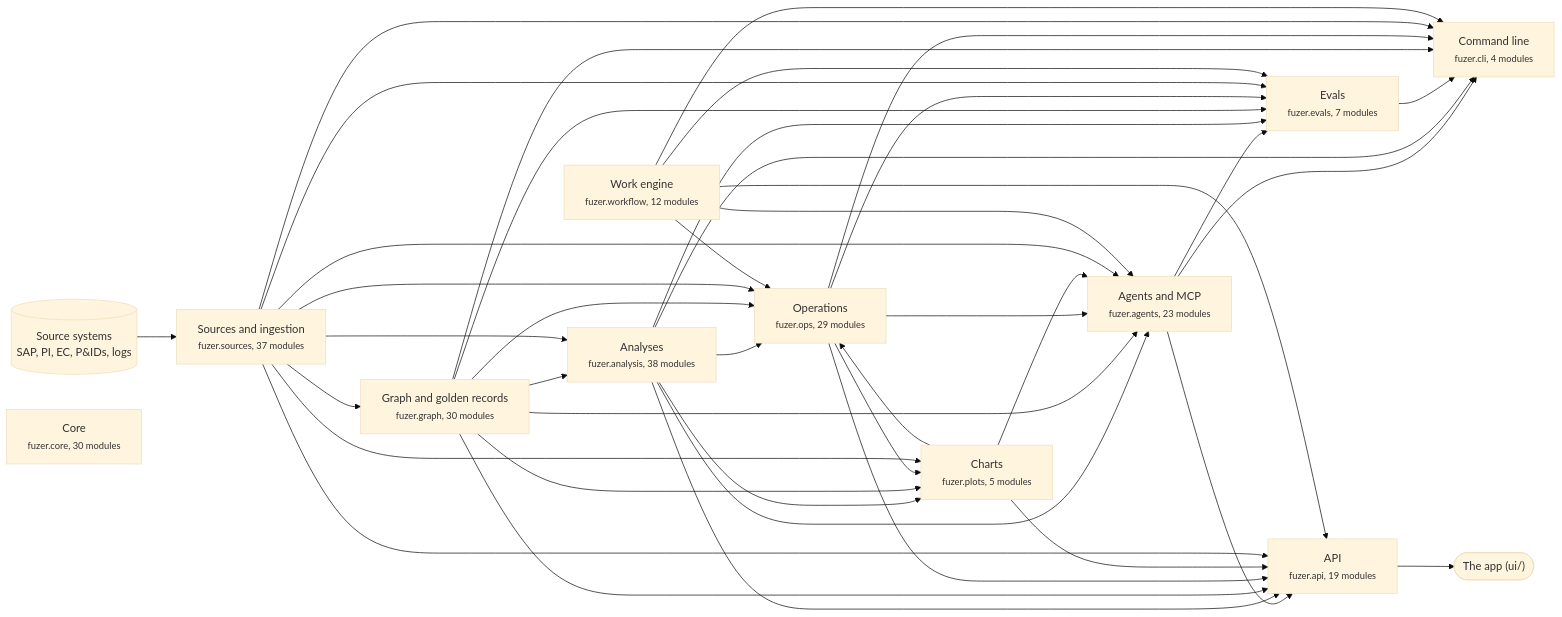
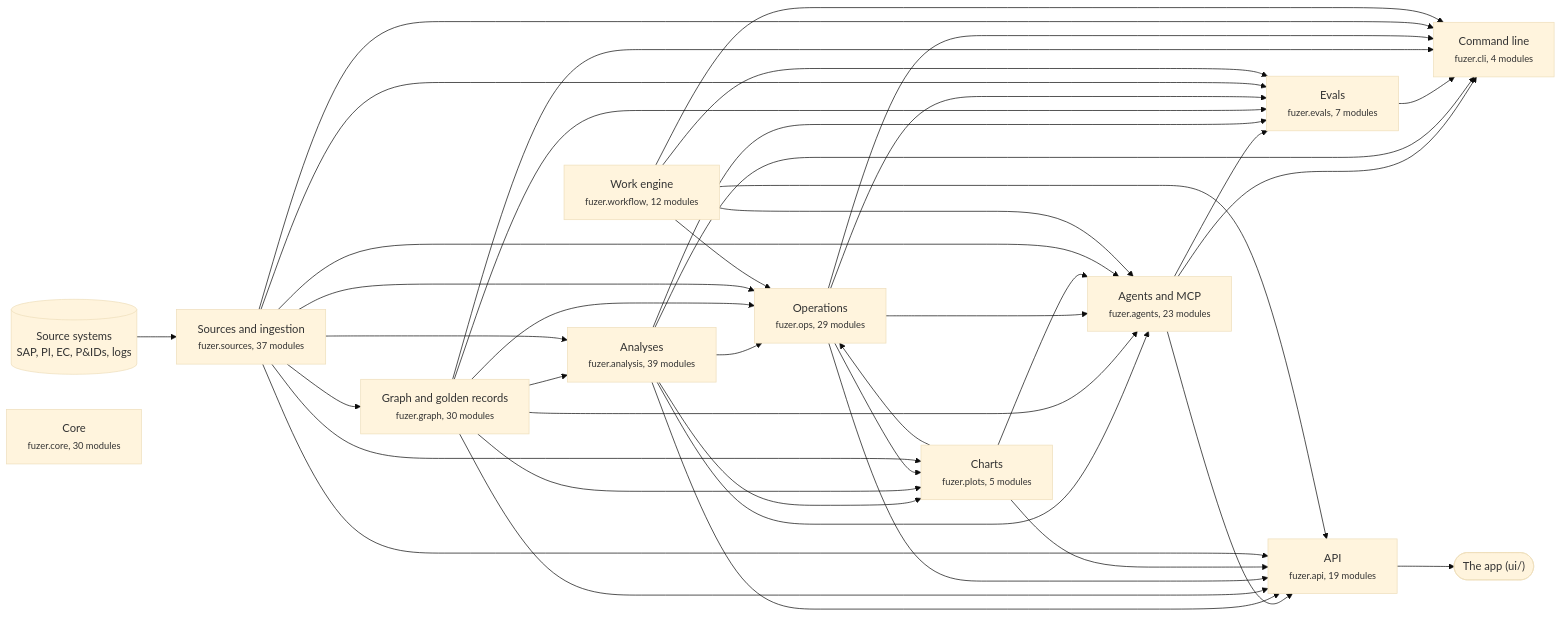
The first of 3 diagrams in docs/architecture.md (areed145/fuzer), drawn with Mermaid (base theme) before and after one commit. The commit also changed other lines of this file and 11 other files, not shown here.

````diff
--- a/docs/architecture.md
+++ b/docs/architecture.md
@@ -8,66 +8,66 @@
 ```mermaid
 flowchart LR
   systems[("Source systems<br>SAP, PI, EC, P&IDs, logs")] --> c_sources
   app(["The app (ui/)"])
   c_api --> app
   c_sources["Sources and ingestion<br><small>fuzer.sources, 37 modules</small>"]
   c_graph["Graph and golden records<br><small>fuzer.graph, 30 modules</small>"]
-  c_analysis["Analyses<br><small>fuzer.analysis, 38 modules</small>"]
+  c_analysis["Analyses<br><small>fuzer.analysis, 39 modules</small>"]
   c_ops["Operations<br><small>fuzer.ops, 29 modules</small>"]
   c_plots["Charts<br><small>fuzer.plots, 5 modules</small>"]
   c_workflow["Work engine<br><small>fuzer.workflow, 12 modules</small>"]
   c_agents["Agents and MCP<br><small>fuzer.agents, 23 modules</small>"]
   c_evals["Evals<br><small>fuzer.evals, 7 modules</small>"]
   c_api["API<br><small>fuzer.api, 19 modules</small>"]
   c_cli["Command line<br><small>fuzer.cli, 4 modules</small>"]
   c_core["Core<br><small>fuzer.core, 30 modules</small>"]
   c_sources --> c_graph
   c_graph --> c_analysis
   c_sources --> c_analysis
   c_analysis --> c_ops
   c_graph --> c_ops
   c_plots --> c_ops
   c_sources --> c_ops
   c_workflow --> c_ops
   c_analysis --> c_plots
   c_graph --> c_plots
   c_ops --> c_plots
   c_sources --> c_plots
   c_analysis --> c_agents
   c_graph --> c_agents
   c_ops --> c_agents
   c_plots --> c_agents
   c_sources --> c_agents
   c_workflow --> c_agents
   c_agents --> c_evals
   c_analysis --> c_evals
   c_graph --> c_evals
   c_ops --> c_evals
   c_sources --> c_evals
   c_workflow --> c_evals
   c_agents --> c_api
   c_analysis --> c_api
   c_graph --> c_api
   c_ops --> c_api
   c_plots --> c_api
   c_sources --> c_api
   c_workflow --> c_api
   c_agents --> c_cli
   c_analysis --> c_cli
   c_evals --> c_cli
   c_graph --> c_cli
   c_ops --> c_cli
   c_sources --> c_cli
   c_workflow --> c_cli
   click c_sources "https://github.com/areed145/fuzer/tree/main/src/fuzer/sources"
   click c_graph "https://github.com/areed145/fuzer/tree/main/src/fuzer/graph"
   click c_analysis "https://github.com/areed145/fuzer/tree/main/src/fuzer/analysis"
   click c_ops "https://github.com/areed145/fuzer/tree/main/src/fuzer/ops"
   click c_plots "https://github.com/areed145/fuzer/tree/main/src/fuzer/plots"
   click c_workflow "https://github.com/areed145/fuzer/tree/main/src/fuzer/workflow"
   click c_agents "https://github.com/areed145/fuzer/tree/main/src/fuzer/agents"
   click c_evals "https://github.com/areed145/fuzer/tree/main/src/fuzer/evals"
   click c_api "https://github.com/areed145/fuzer/tree/main/src/fuzer/api"
   click c_cli "https://github.com/areed145/fuzer/tree/main/src/fuzer/cli"
   click c_core "https://github.com/areed145/fuzer/tree/main/src/fuzer/core"
 ```
````
